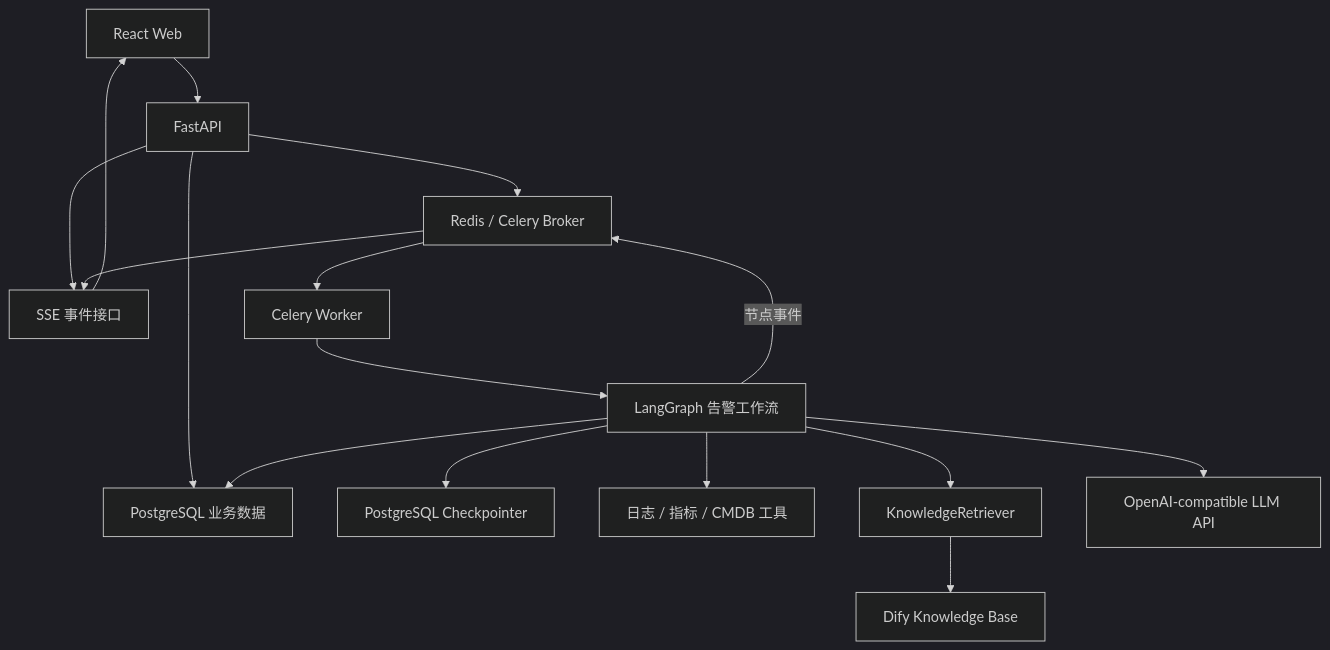
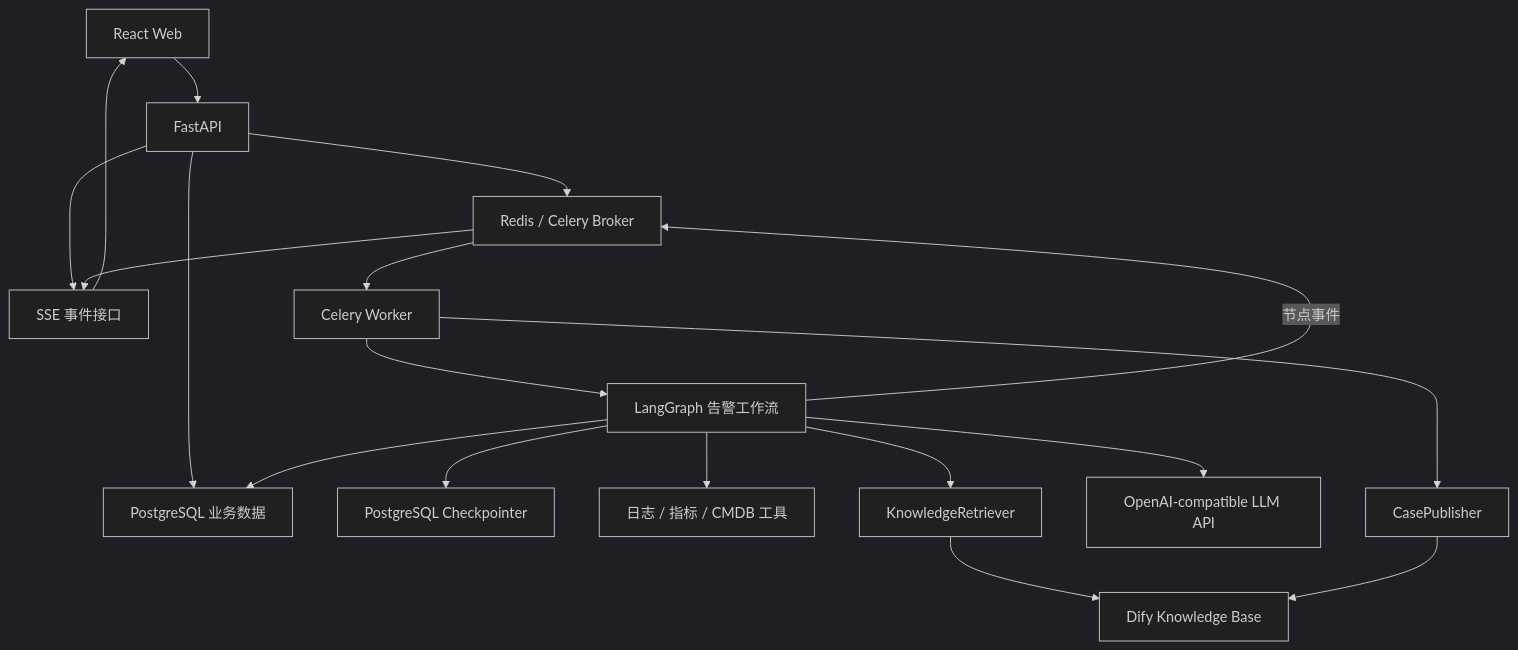
The first of 2 diagrams in docs/02-architecture.md (tsycheese/alert-sage), drawn with Mermaid (dark theme) before and after one commit. The commit also changed other lines of this file and 37 other files, not shown here.

````diff
--- a/docs/02-architecture.md
+++ b/docs/02-architecture.md
@@ -74,21 +76,23 @@
 ```mermaid
 flowchart TB
     WEB["React Web"] --> API["FastAPI"]
     API --> PG["PostgreSQL 业务数据"]
     API --> REDIS["Redis / Celery Broker"]
     API --> SSE["SSE 事件接口"]
 
     REDIS --> WORKER["Celery Worker"]
     WORKER --> GRAPH["LangGraph 告警工作流"]
 
     GRAPH --> CHECKPOINT["PostgreSQL Checkpointer"]
     GRAPH --> TOOLS["日志 / 指标 / CMDB 工具"]
     GRAPH --> RETRIEVER["KnowledgeRetriever"]
     RETRIEVER --> DIFY["Dify Knowledge Base"]
     GRAPH --> LLM["OpenAI-compatible LLM API"]
     GRAPH --> PG
+    WORKER --> CASE_PUBLISHER["CasePublisher"]
+    CASE_PUBLISHER --> DIFY
 
     GRAPH -->|节点事件| REDIS
     REDIS --> SSE
     SSE --> WEB
 ```
````
